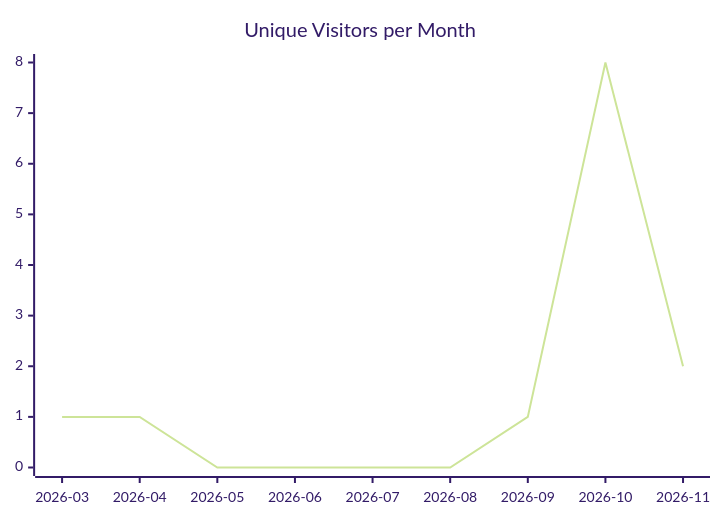
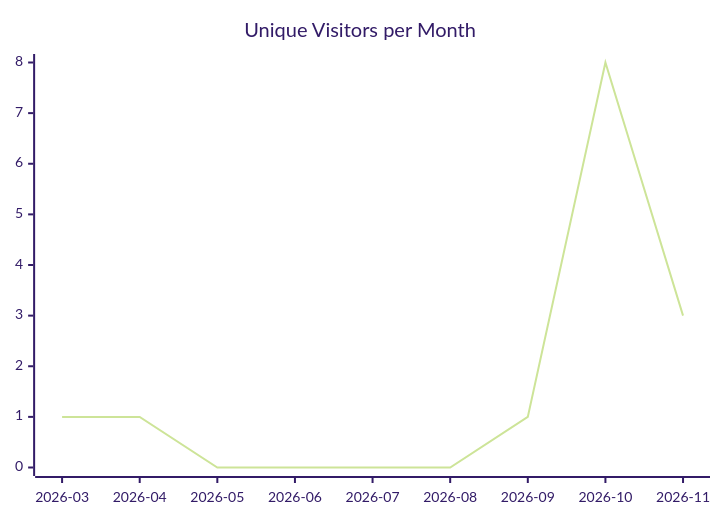
The first of 3 diagrams in karlmdavis/todoist-ai/README.md (justdavis-family/github-analytics-data), drawn with Mermaid (forest theme) before and after one commit. The commit also changed other lines of this file and 188 other files, not shown here.

````diff
--- a/karlmdavis/todoist-ai/README.md
+++ b/karlmdavis/todoist-ai/README.md
@@ -5,6 +5,6 @@
 ```mermaid
 xychart-beta
   title "Unique Visitors per Month"
   x-axis ["2026-03", "2026-04", "2026-05", "2026-06", "2026-07", "2026-08", "2026-09", "2026-10", "2026-11"]
-  line [1, 1, 0, 0, 0, 0, 1, 8, 2]
+  line [1, 1, 0, 0, 0, 0, 1, 8, 3]
 ```
````
